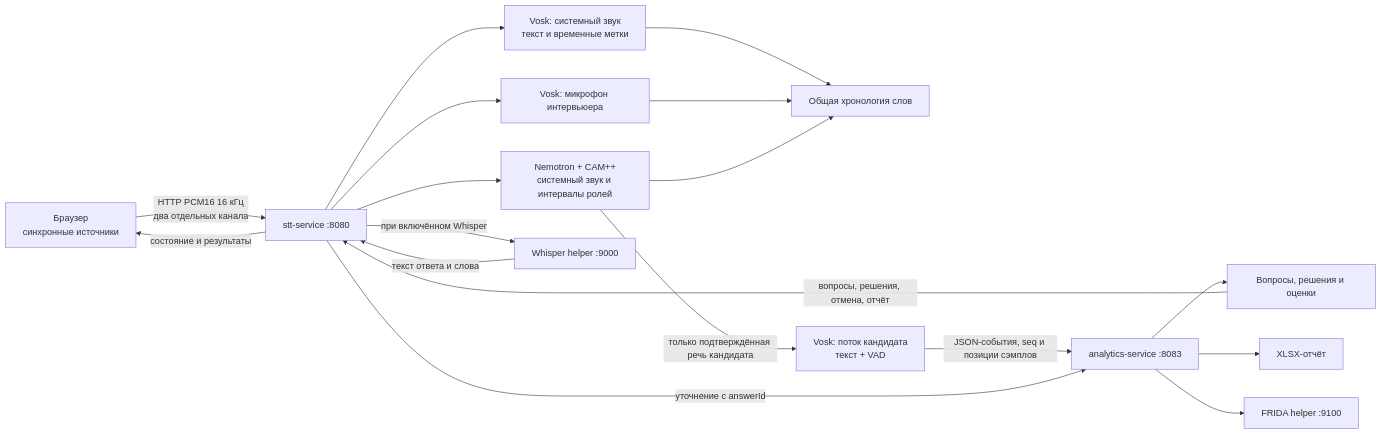
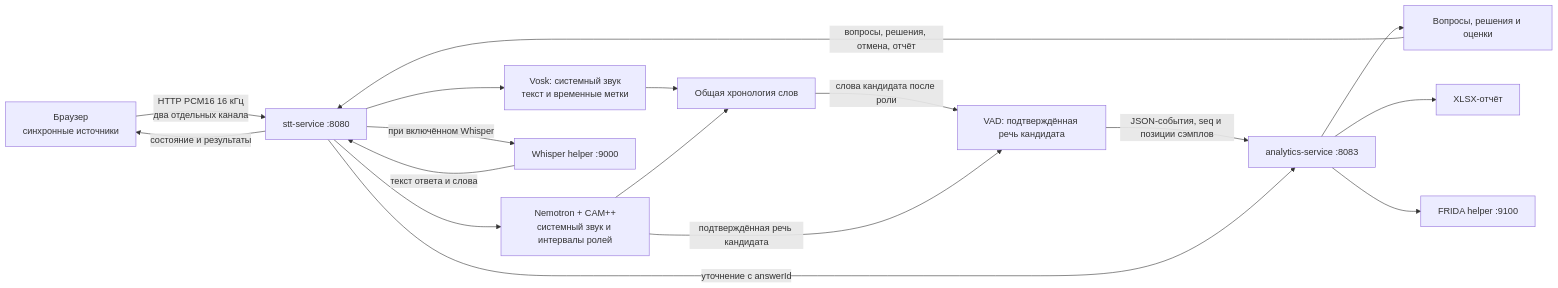
Before and after one commit to ArtemSorin/stt-platform: the diagram in docs/architecture.md, drawn with Mermaid. The commit also changed other lines of this file and 63 other files, not shown here.

````diff
--- a/docs/architecture.md
+++ b/docs/architecture.md
@@ -25,20 +25,19 @@
 ```mermaid
 flowchart LR
     B[Браузер<br/>синхронные источники] -->|HTTP PCM16 16 кГц<br/>два отдельных канала| S[stt-service :8080]
     S --> V1[Vosk: системный звук<br/>текст и временные метки]
-    S --> VM[Vosk: микрофон интервьюера]
     S --> N[Nemotron + CAM++<br/>системный звук и интервалы ролей]
     V1 --> M[Общая хронология слов]
-    VM --> M
     N --> M
-    N -->|только подтверждённая речь кандидата| V2[Vosk: поток кандидата<br/>текст + VAD]
-    V2 -->|JSON-события, seq и позиции сэмплов| A[analytics-service :8083]
+    M -->|слова кандидата после роли| D[VAD: подтверждённая речь кандидата]
+    N -->|подтверждённая речь кандидата| D
+    D -->|JSON-события, seq и позиции сэмплов| A[analytics-service :8083]
     A --> Q[Вопросы, решения и оценки]
     Q -->|вопросы, решения, отмена, отчёт| S
     S -->|при включённом Whisper| W[Whisper helper :9000]
     W -->|текст ответа и слова| S
     S -->|уточнение с answerId| A
     A --> X[XLSX-отчёт]
     S -->|состояние и результаты| B
     A --> F[FRIDA helper :9100]
 ```
````
